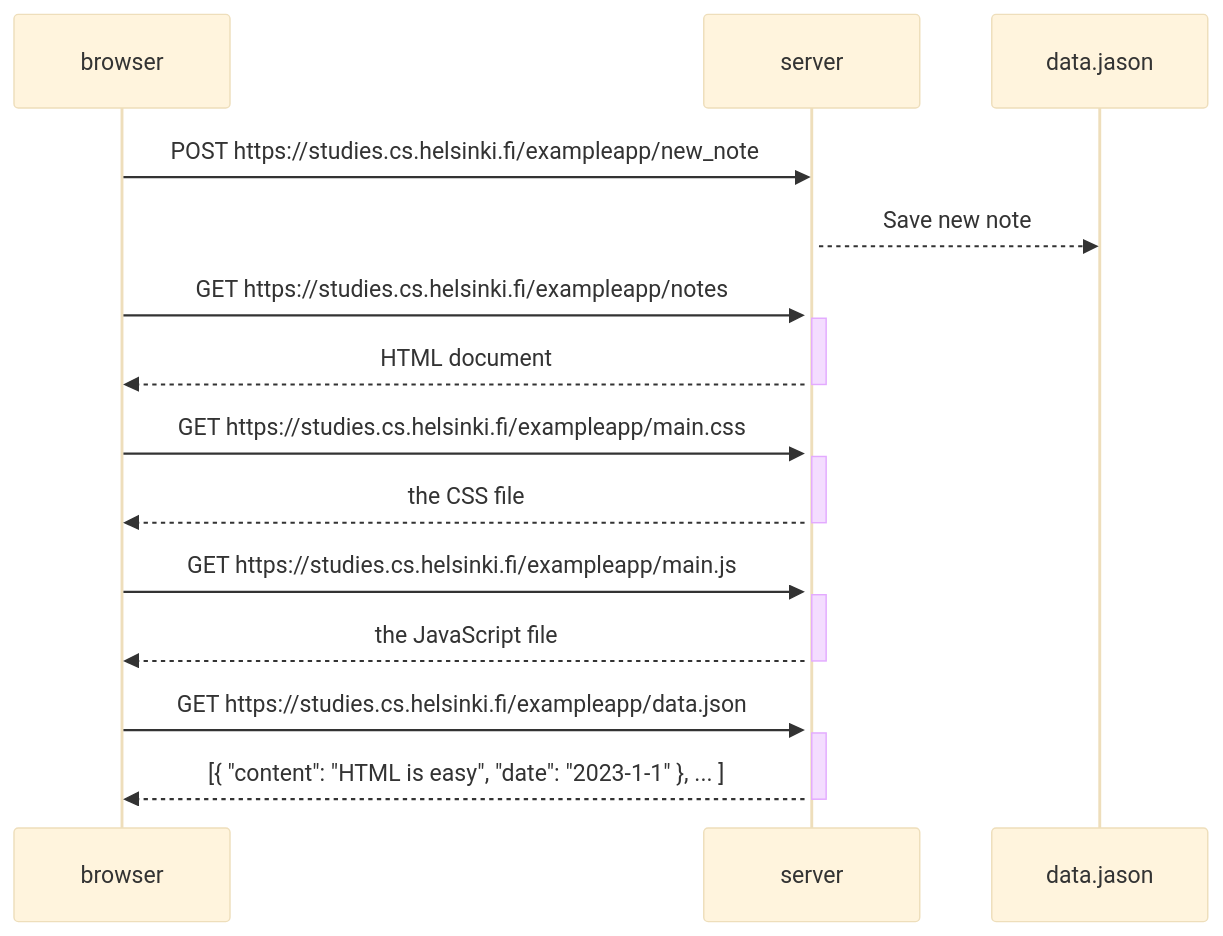
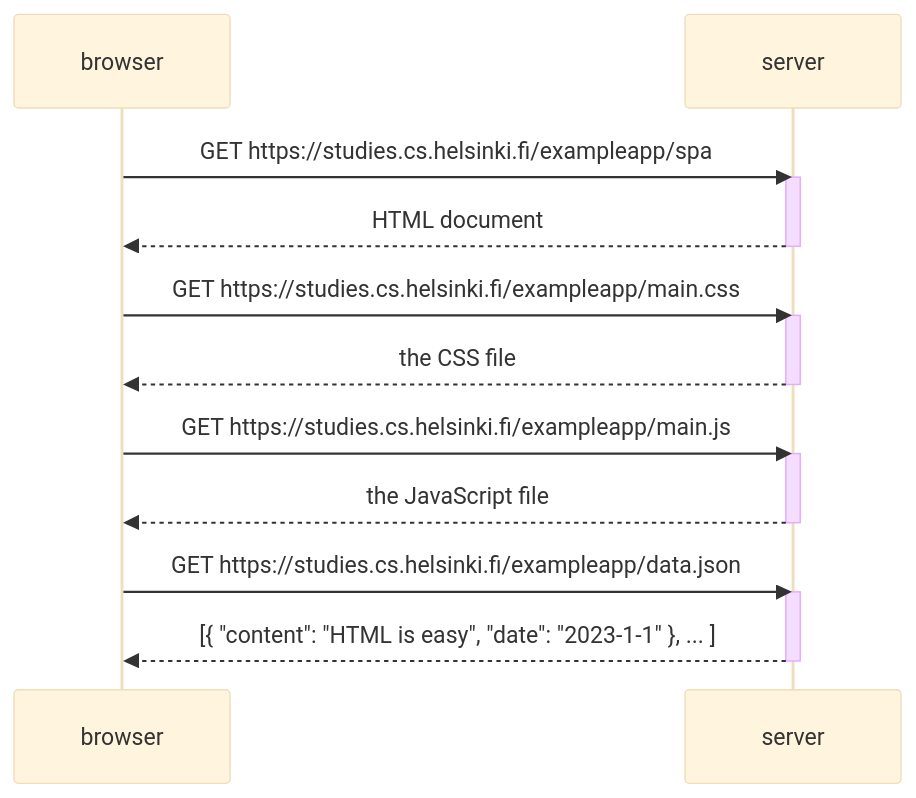
Before and after one commit to Nadim-2022/Full-Stack-Web-Development: the diagram in Part0/exerxise 0.5/README.md, drawn with Mermaid (base theme). The commit also changed other lines of this file, not shown here.

````diff
--- a/Part0/exerxise 0.5/README.md
+++ b/Part0/exerxise 0.5/README.md
@@ -36,29 +32,25 @@
 ```mermaid
 sequenceDiagram
     participant browser
     participant server
     
-    browser->>server: POST https://studies.cs.helsinki.fi/exampleapp/new_note
-    activate server
-    server-->>data.jason: Save new note
-
-    browser->>server: GET https://studies.cs.helsinki.fi/exampleapp/notes
+    browser->>server: GET https://studies.cs.helsinki.fi/exampleapp/spa
     activate server
     server-->>browser: HTML document
     deactivate server
 
     browser->>server: GET https://studies.cs.helsinki.fi/exampleapp/main.css
     activate server
     server-->>browser: the CSS file
     deactivate server
 
     browser->>server: GET https://studies.cs.helsinki.fi/exampleapp/main.js
     activate server
     server-->>browser: the JavaScript file
     deactivate server
     
     browser->>server: GET https://studies.cs.helsinki.fi/exampleapp/data.json
     activate server
     server-->>browser: [{ "content": "HTML is easy", "date": "2023-1-1" }, ... ]
     deactivate server
 ```
````
